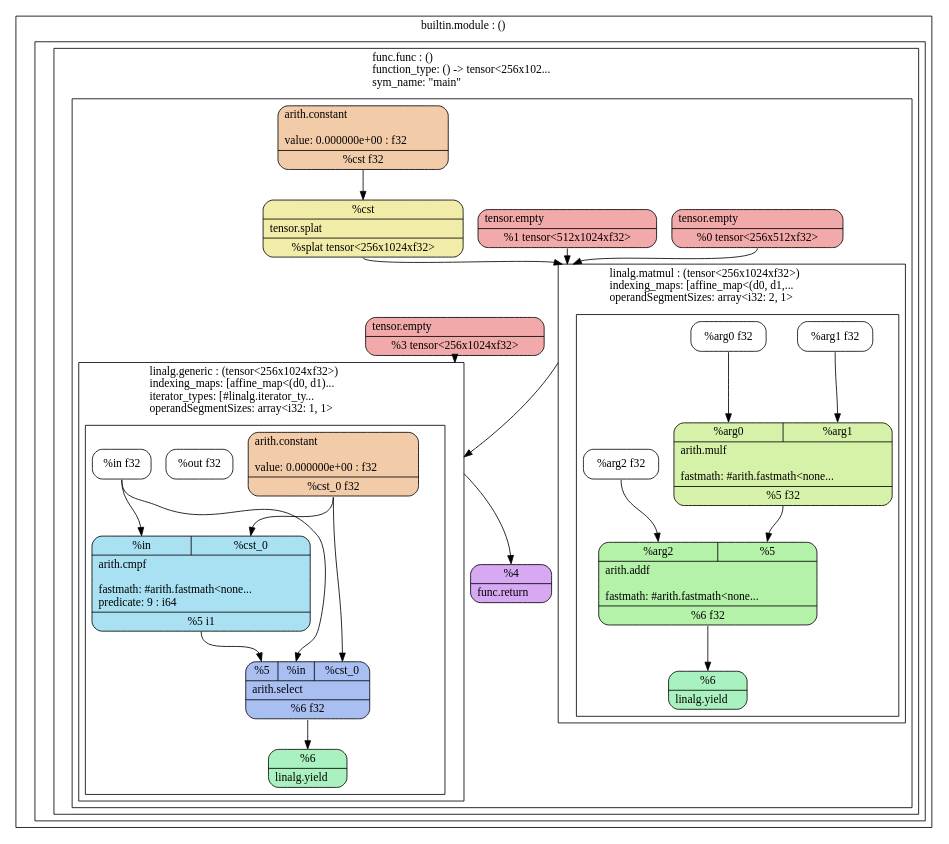
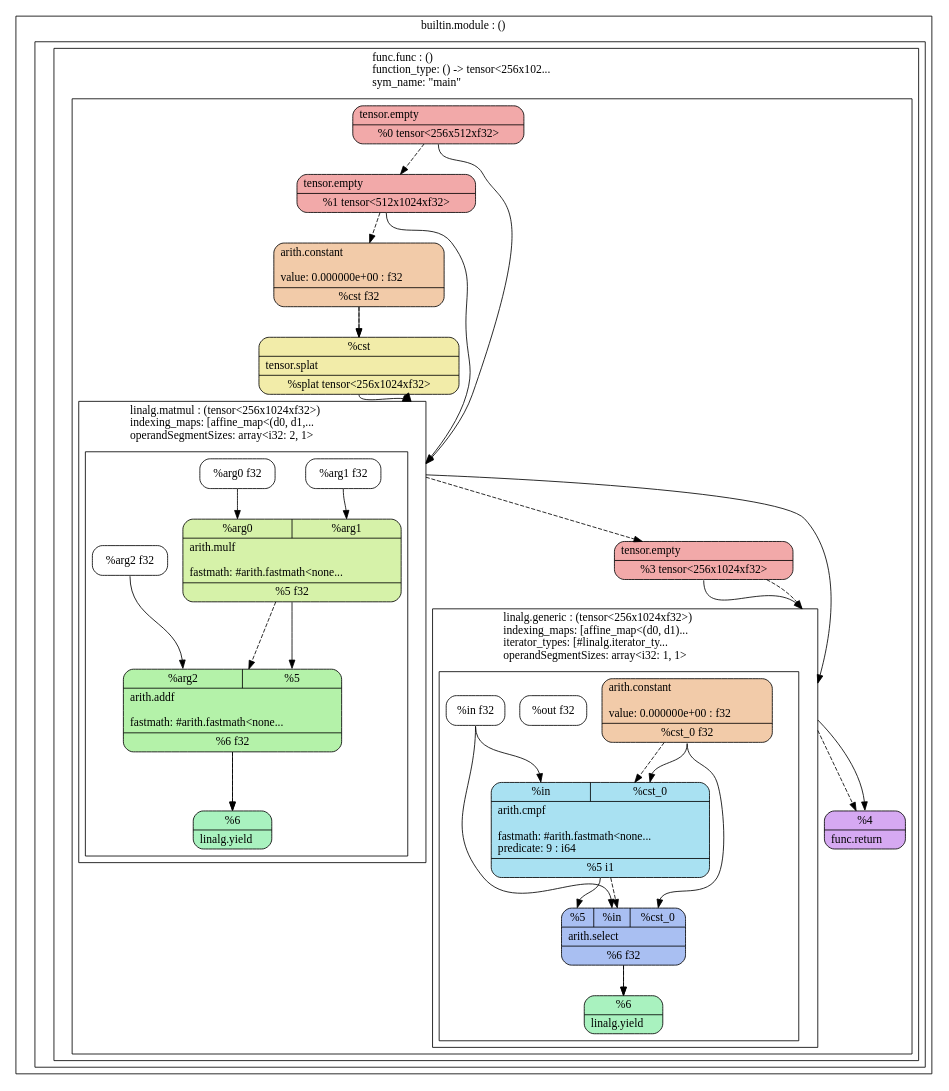
The diagram in mlir-beginner-friendly-tutorial/graph.dot (jeromeku/llvm-project), drawn with Graphviz before and after one commit. The commit also changed 2 other files, not shown here.

Commit message:
add all graph attributes

```diff
--- a/mlir-beginner-friendly-tutorial/graph.dot
+++ b/mlir-beginner-friendly-tutorial/graph.dot
@@ -1,71 +1,83 @@
 digraph G {
   compound = true;
   subgraph cluster_1 {
     v2 [label = " ", shape = plain];
     label = "builtin.module : ()\l";
     subgraph cluster_3 {
       v4 [label = " ", shape = plain];
       label = "";
       subgraph cluster_5 {
         v6 [label = " ", shape = plain];
         label = "func.func : ()\lfunction_type: () -\> tensor\<256x102...\lsym_name: \"main\"\l";
         subgraph cluster_7 {
           v8 [label = " ", shape = plain];
           label = "";
           v9 [fillcolor = "0.000000 0.3 0.95", label = "{tensor.empty\l|{<res_0> %0 tensor\<256x512xf32\>}}", shape = Mrecord, style = filled];
           v10 [fillcolor = "0.000000 0.3 0.95", label = "{tensor.empty\l|{<res_1> %1 tensor\<512x1024xf32\>}}", shape = Mrecord, style = filled];
           v11 [fillcolor = "0.076923 0.3 0.95", label = "{arith.constant\l\lvalue: 0.000000e+00 : f32\l|{<res_cst> %cst f32}}", shape = Mrecord, style = filled];
           v12 [fillcolor = "0.153846 0.3 0.95", label = "{{<arg_cst> %cst}|tensor.splat\l|{<res_splat> %splat tensor\<256x1024xf32\>}}", shape = Mrecord, style = filled];
           subgraph cluster_13 {
             v14 [label = " ", shape = plain];
             label = "linalg.matmul : (tensor<256x1024xf32>)\lindexing_maps: [affine_map\<(d0, d1,...\loperandSegmentSizes: array\<i32: 2, 1\>\l";
             subgraph cluster_15 {
               v16 [label = " ", shape = plain];
               label = "";
               v17 [label = "<res_arg0> %arg0 f32", shape = Mrecord];
               v18 [label = "<res_arg1> %arg1 f32", shape = Mrecord];
               v19 [label = "<res_arg2> %arg2 f32", shape = Mrecord];
               v20 [fillcolor = "0.230769 0.3 0.95", label = "{{<arg_arg0> %arg0|<arg_arg1> %arg1}|arith.mulf\l\lfastmath: #arith.fastmath\<none...\l|{<res_5> %5 f32}}", shape = Mrecord, style = filled];
               v21 [fillcolor = "0.307692 0.3 0.95", label = "{{<arg_arg2> %arg2|<arg_5> %5}|arith.addf\l\lfastmath: #arith.fastmath\<none...\l|{<res_6> %6 f32}}", shape = Mrecord, style = filled];
               v22 [fillcolor = "0.384615 0.3 0.95", label = "{{<arg_6> %6}|linalg.yield\l}", shape = Mrecord, style = filled];
             }
           }
           v23 [fillcolor = "0.000000 0.3 0.95", label = "{tensor.empty\l|{<res_3> %3 tensor\<256x1024xf32\>}}", shape = Mrecord, style = filled];
           subgraph cluster_24 {
             v25 [label = " ", shape = plain];
             label = "linalg.generic : (tensor<256x1024xf32>)\lindexing_maps: [affine_map\<(d0, d1)...\literator_types: [#linalg.iterator_ty...\loperandSegmentSizes: array\<i32: 1, 1\>\l";
             subgraph cluster_26 {
               v27 [label = " ", shape = plain];
               label = "";
               v28 [label = "<res_in> %in f32", shape = Mrecord];
               v29 [label = "<res_out> %out f32", shape = Mrecord];
               v30 [fillcolor = "0.076923 0.3 0.95", label = "{arith.constant\l\lvalue: 0.000000e+00 : f32\l|{<res_cst_0> %cst_0 f32}}", shape = Mrecord, style = filled];
               v31 [fillcolor = "0.538462 0.3 0.95", label = "{{<arg_in> %in|<arg_cst_0> %cst_0}|arith.cmpf\l\lfastmath: #arith.fastmath\<none...\lpredicate: 9 : i64\l|{<res_5> %5 i1}}", shape = Mrecord, style = filled];
               v32 [fillcolor = "0.615385 0.3 0.95", label = "{{<arg_5> %5|<arg_in> %in|<arg_cst_0> %cst_0}|arith.select\l|{<res_6> %6 f32}}", shape = Mrecord, style = filled];
               v33 [fillcolor = "0.384615 0.3 0.95", label = "{{<arg_6> %6}|linalg.yield\l}", shape = Mrecord, style = filled];
             }
           }
           v34 [fillcolor = "0.769231 0.3 0.95", label = "{{<arg_4> %4}|func.return\l}", shape = Mrecord, style = filled];
         }
       }
     }
   }
+  v9 -> v10[style = dashed];
+  v10 -> v11[style = dashed];
+  v11 -> v12[style = dashed];
+  v20 -> v21[style = dashed];
+  v21 -> v22[style = dashed];
+  v12 -> v14[lhead = cluster_13, style = dashed];
+  v14 -> v23[ltail = cluster_13, style = dashed];
+  v30 -> v31[style = dashed];
+  v31 -> v32[style = dashed];
+  v32 -> v33[style = dashed];
+  v23 -> v25[lhead = cluster_24, style = dashed];
+  v25 -> v34[ltail = cluster_24, style = dashed];
   v11:res_cst:s -> v12:arg_cst:n[style = solid];
   v17:res_arg0:s -> v20:arg_arg0:n[style = solid];
   v18:res_arg1:s -> v20:arg_arg1:n[style = solid];
   v19:res_arg2:s -> v21:arg_arg2:n[style = solid];
   v20:res_5:s -> v21:arg_5:n[style = solid];
   v21:res_6:s -> v22:arg_6:n[style = solid];
   v9:res_0:s -> v14[lhead = cluster_13, style = solid];
   v10:res_1:s -> v14[lhead = cluster_13, style = solid];
   v12:res_splat:s -> v14[lhead = cluster_13, style = solid];
   v28:res_in:s -> v31:arg_in:n[style = solid];
   v30:res_cst_0:s -> v31:arg_cst_0:n[style = solid];
   v31:res_5:s -> v32:arg_5:n[style = solid];
   v28:res_in:s -> v32:arg_in:n[style = solid];
   v30:res_cst_0:s -> v32:arg_cst_0:n[style = solid];
   v32:res_6:s -> v33:arg_6:n[style = solid];
   v14 -> v25[lhead = cluster_24, ltail = cluster_13, style = solid];
   v23:res_3:s -> v25[lhead = cluster_24, style = solid];
   v25 -> v34:arg_4:n[ltail = cluster_24, style = solid];
 }
```
